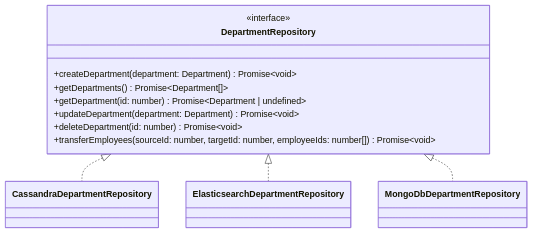
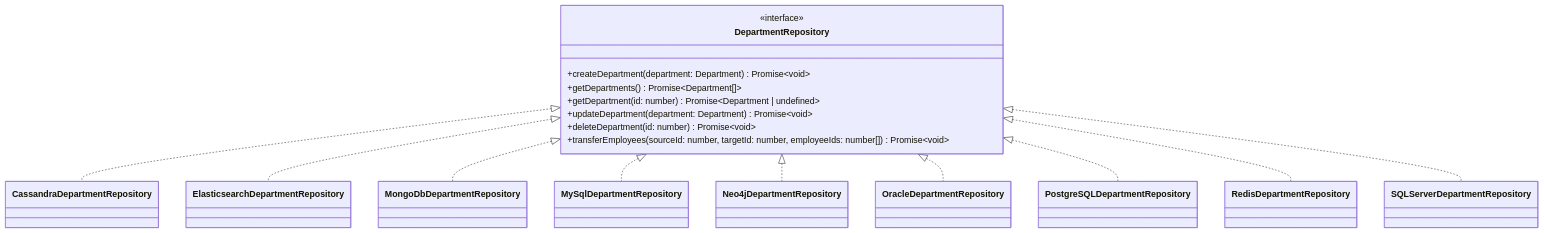
One commit to k1729p/Study28 changed the diagram in docs/mermaid/classDiagramDepartmentRepository.md. Above: the diagram before and after it, drawn with Mermaid. The commit also changed other lines of this file, not shown here.

````diff
--- a/docs/mermaid/classDiagramDepartmentRepository.md
+++ b/docs/mermaid/classDiagramDepartmentRepository.md
@@ -3,26 +5,50 @@
 ```mermaid
 classDiagram
 direction TD
   class DepartmentRepository {
     <<interface>>
     +createDepartment(department: Department) Promise~void~
     +getDepartments() Promise~Department[]~
     +getDepartment(id: number) Promise~Department | undefined~
     +updateDepartment(department: Department) Promise~void~
     +deleteDepartment(id: number) Promise~void~
     +transferEmployees(sourceId: number, targetId: number, employeeIds: number[]) Promise~void~
   }
 
   class CassandraDepartmentRepository {
   }
 
   class ElasticsearchDepartmentRepository {
   }
 
   class MongoDbDepartmentRepository {
   }
 
+  class MySqlDepartmentRepository {
+  }
+
+  class Neo4jDepartmentRepository {
+  }
+
+  class OracleDepartmentRepository {
+  }
+
+  class PostgreSQLDepartmentRepository {
+  }
+
+  class RedisDepartmentRepository {
+  }
+
+  class SQLServerDepartmentRepository {
+  }
+
   DepartmentRepository <|.. CassandraDepartmentRepository
   DepartmentRepository <|.. ElasticsearchDepartmentRepository
   DepartmentRepository <|.. MongoDbDepartmentRepository
+  DepartmentRepository <|.. MySqlDepartmentRepository
+  DepartmentRepository <|.. Neo4jDepartmentRepository
+  DepartmentRepository <|.. OracleDepartmentRepository
+  DepartmentRepository <|.. PostgreSQLDepartmentRepository
+  DepartmentRepository <|.. RedisDepartmentRepository
+  DepartmentRepository <|.. SQLServerDepartmentRepository
 ```
````
